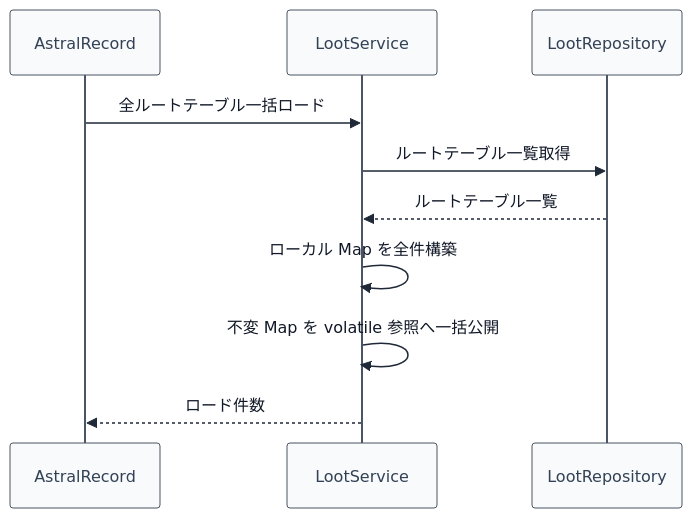
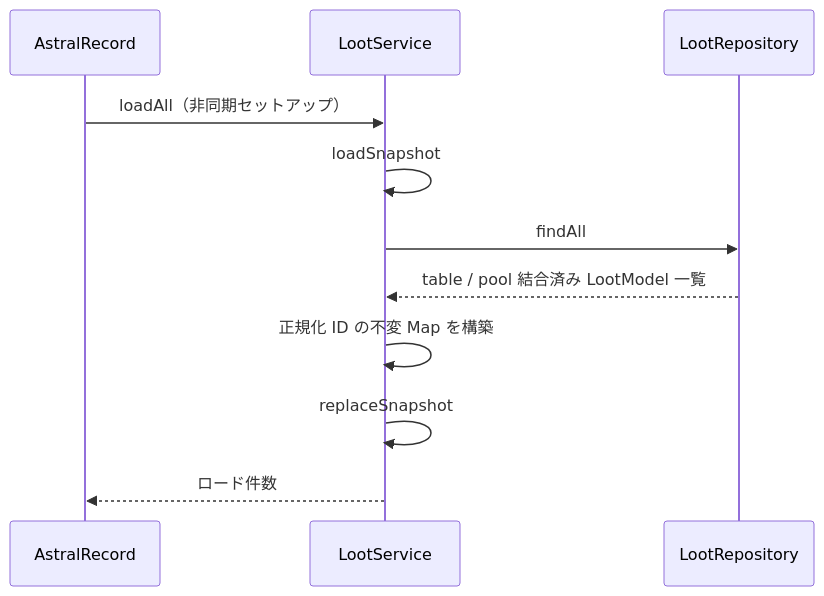
One commit to maaasu/AstralRecord-Workspace changed the first of 5 diagrams in 00_docs/10_Plugin設計書/feature/06-loot/4-統合フロー/06_4.00-統合フロー.md. Above: the diagram before and after it, drawn with Mermaid. The commit also changed other lines of this file and 288 other files, not shown here.

````diff
--- a/00_docs/10_Plugin設計書/feature/06-loot/4-統合フロー/06_4.00-統合フロー.md
+++ b/00_docs/10_Plugin設計書/feature/06-loot/4-統合フロー/06_4.00-統合フロー.md
@@ -5,27 +7,14 @@
 ```mermaid
-%%{init: {
-  "theme": "base",
-  "themeVariables": {
-    "lineColor": "#1f2937",
-    "signalColor": "#1f2937",
-    "signalTextColor": "#111827",
-    "actorBkg": "#f8fafc",
-    "actorBorder": "#4b5563",
-    "actorTextColor": "#334155",
-    "labelBoxBkgColor": "#ffffff",
-    "labelBoxBorderColor": "#374151",
-    "labelTextColor": "#111827"
-  }
-}}%%
 sequenceDiagram
     participant P as AstralRecord
-    participant LS as LootService
-    participant LR as LootRepository
+    participant S as LootService
+    participant R as LootRepository
 
-    P->>LS: 全ルートテーブル一括ロード
-    LS->>LR: ルートテーブル一覧取得
-    LR-->>LS: ルートテーブル一覧
-    LS->>LS: ローカル Map を全件構築
-    LS->>LS: 不変 Map を volatile 参照へ一括公開
-    LS-->>P: ロード件数
+    P->>S: loadAll（非同期セットアップ）
+    S->>S: loadSnapshot
+    S->>R: findAll
+    R-->>S: table / pool 結合済み LootModel 一覧
+    S->>S: 正規化 ID の不変 Map を構築
+    S->>S: replaceSnapshot
+    S-->>P: ロード件数
 ```
````
